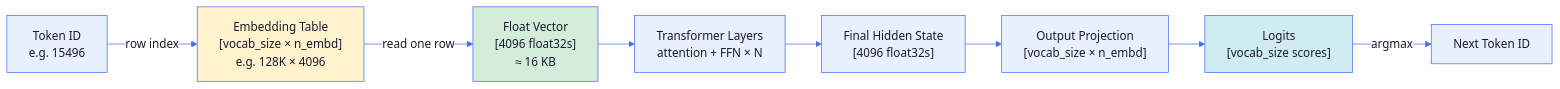
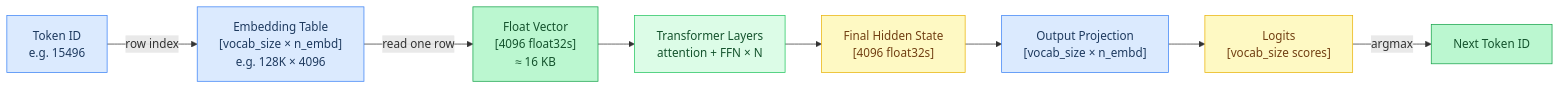
Before and after one commit to maci0/agave: the fifth of 7 diagrams in docs/tutorial/01-tokens-and-text.md, drawn with Mermaid. The commit also changed other lines of this file and 24 other files, not shown here.

First line of the commit message:
docs: convert all mermaid diagrams to classDef semantic colors

````diff
--- a/docs/tutorial/01-tokens-and-text.md
+++ b/docs/tutorial/01-tokens-and-text.md
@@ -210,28 +201,26 @@
 ```mermaid
-%%{init: {'theme': 'base', 'themeVariables': {
-  'primaryColor': '#e8f0fe',
-  'primaryTextColor': '#1a1a2e',
-  'primaryBorderColor': '#4a6cf7',
-  'lineColor': '#4a6cf7',
-  'secondaryColor': '#f0f4ff',
-  'tertiaryColor': '#f8f9ff',
-  'edgeLabelBackground': '#ffffff',
-  'clusterBkg': '#f0f4ff',
-  'clusterBorder': '#4a6cf7',
-  'titleColor': '#1a1a2e',
-  'nodeTextColor': '#1a1a2e',
-  'fontFamily': 'ui-monospace, SFMono-Regular, monospace'
-}}}%%
 flowchart LR
-    TID["Token ID\ne.g. 15496"] -->|"row index"| Lookup["Embedding Table\n[vocab_size × n_embd]\ne.g. 128K × 4096"]
-    Lookup -->|"read one row"| Vec["Float Vector\n[4096 float32s]\n≈ 16 KB"]
-    Vec --> Layers["Transformer Layers\nattention + FFN × N"]
-    Layers --> Hidden["Final Hidden State\n[4096 float32s]"]
-    Hidden --> Proj["Output Projection\n[vocab_size × n_embd]"]
-    Proj --> Logits["Logits\n[vocab_size scores]"]
-    Logits -->|"argmax"| NextTok["Next Token ID"]
+    classDef setup     fill:#dbeafe,stroke:#3b82f6,color:#1e3a5f
+    classDef sync      fill:#dcfce7,stroke:#22c55e,color:#14532d
+    classDef migration fill:#fef9c3,stroke:#eab308,color:#713f12
+    classDef success   fill:#bbf7d0,stroke:#16a34a,color:#14532d
+    classDef danger    fill:#fee2e2,stroke:#ef4444,color:#7f1d1d
+    classDef optional  fill:#f3e8ff,stroke:#9333ea,color:#581c87
 
-    style Lookup fill:#fff3cd
-    style Vec fill:#d4edda
-    style Logits fill:#d1ecf1
+    TID["Token ID\ne.g. 15496"]:::setup
+    Lookup["Embedding Table\n[vocab_size × n_embd]\ne.g. 128K × 4096"]:::setup
+    Vec["Float Vector\n[4096 float32s]\n≈ 16 KB"]:::success
+    Layers["Transformer Layers\nattention + FFN × N"]:::sync
+    Hidden["Final Hidden State\n[4096 float32s]"]:::migration
+    Proj["Output Projection\n[vocab_size × n_embd]"]:::setup
+    Logits["Logits\n[vocab_size scores]"]:::migration
+    NextTok["Next Token ID"]:::success
+
+    TID -->|"row index"| Lookup
+    Lookup -->|"read one row"| Vec
+    Vec --> Layers
+    Layers --> Hidden
+    Hidden --> Proj
+    Proj --> Logits
+    Logits -->|"argmax"| NextTok
 ```
````
